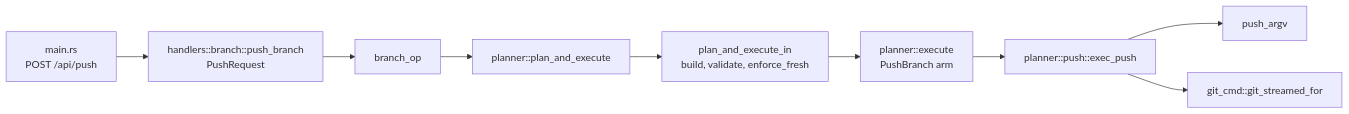
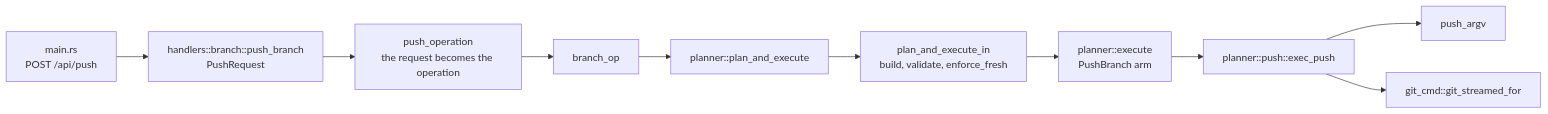
Before and after one commit to tom2025b/git-vista: the tenth of 10 diagrams in docs/adr/0045-push-execution.md, drawn with Mermaid. The commit also changed other lines of this file and 7 other files, not shown here.

````diff
--- a/docs/adr/0045-push-execution.md
+++ b/docs/adr/0045-push-execution.md
@@ -533,11 +586,12 @@
 ```mermaid
 flowchart LR
     R["main.rs<br/>POST /api/push"] --> H["handlers::branch::push_branch<br/>PushRequest"]
-    H --> B["branch_op"]
+    H --> M["push_operation<br/>the request becomes the operation"]
+    M --> B["branch_op"]
     B --> P["planner::plan_and_execute"]
     P --> PI["plan_and_execute_in<br/>build, validate, enforce_fresh"]
     PI --> EX["planner::execute<br/>PushBranch arm"]
     EX --> PX["planner::push::exec_push"]
     PX --> AV["push_argv"]
     PX --> GS["git_cmd::git_streamed_for"]
 ```
````
